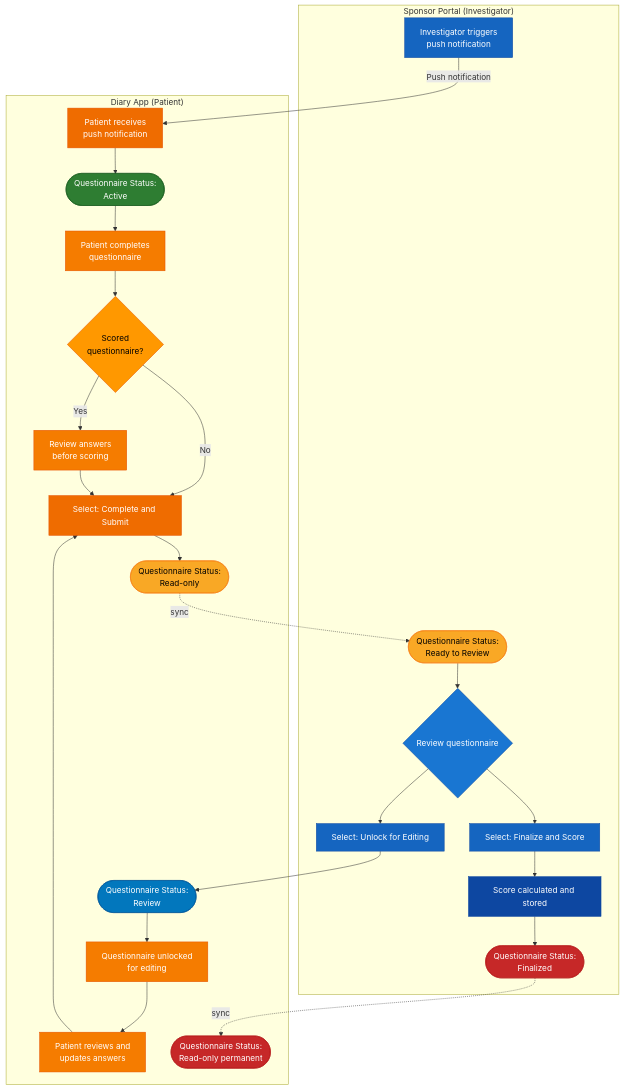
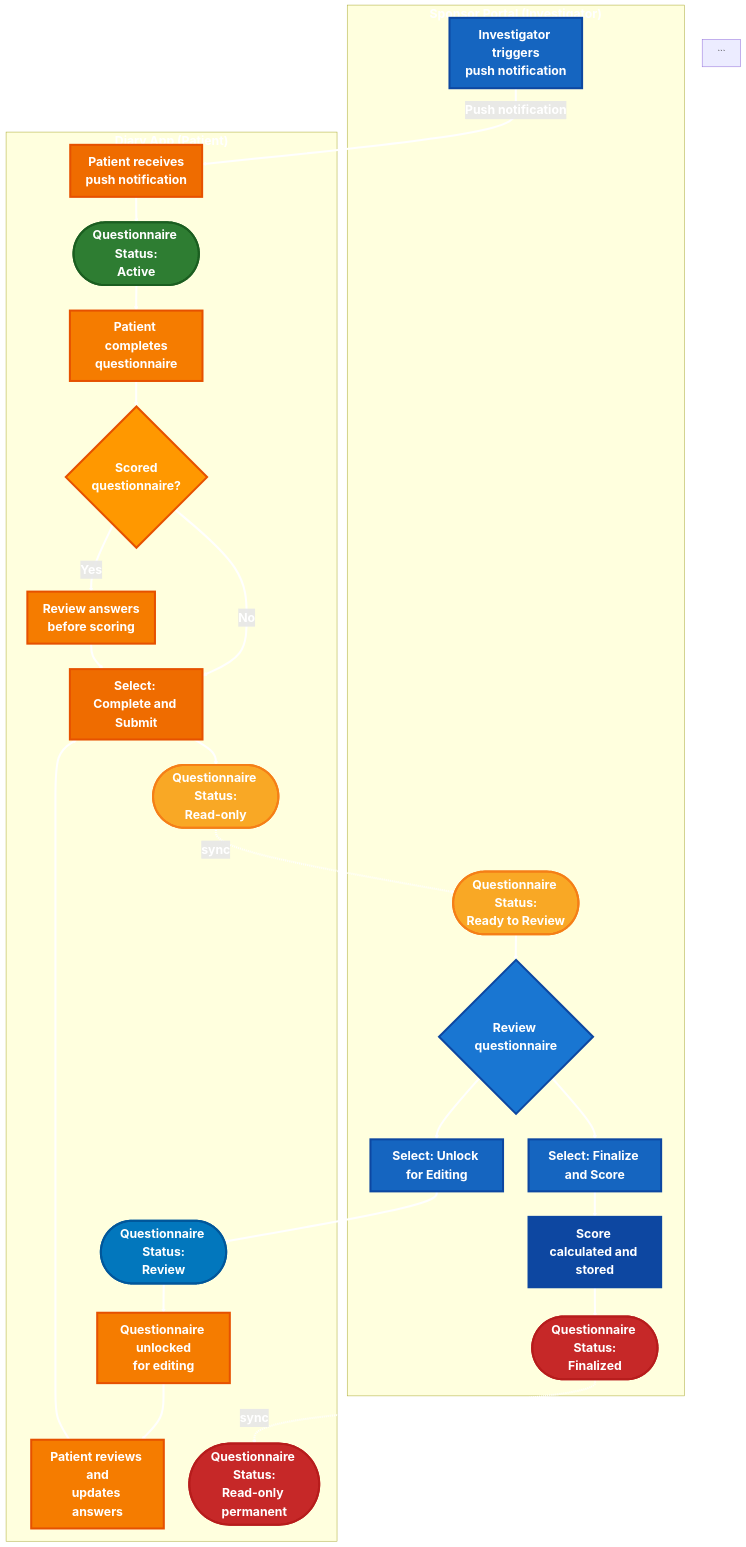
The diagram in spec/images/questionnaire-approval-workflow.mmd (Cure-HHT/hht_diary), drawn with Mermaid before and after one commit.

Commit message:
[CUR-761] Update questionnaire approval workflow Mermaid source
Implements: REQ-p01064

````diff
--- a/spec/images/questionnaire-approval-workflow.mmd
+++ b/spec/images/questionnaire-approval-workflow.mmd
@@ -1,70 +1,75 @@
-flowchart TD
-    subgraph Portal ["Sponsor Portal (Investigator)"]
-        A[Investigator triggers<br/>push notification]
-        P_S2([Questionnaire Status:<br/>Ready to Review])
-        G{Review questionnaire}
-        H[Select: Finalize and Score]
-        I[Select: Unlock for Editing]
-        J[Score calculated and stored]
-        P_S3([Questionnaire Status:<br/>Finalized])
+%%{init: {'flowchart': {'htmlLabels': true, 'arrowMarkerAbsolute': true}, 'flowchart': {'nodeSpacing': 50, 'rankSpacing': 50}}}%%
+    flowchart TD
+    subgraph Portal ["<b style='font-size:18pt; color:white'>Sponsor Portal (Investigator)</b>"]
+        A["<b style='font-size:18pt; color:white'>Investigator triggers<br/>push notification</b>"]
+        P_S2(["<b style='font-size:18pt; color:white'>Questionnaire Status:<br/>Ready to Review</b>"])
+        G{"<b style='font-size:18pt; color:white'>Review questionnaire</b>"}
+        H["<b style='font-size:18pt; color:white'>Select: Finalize and Score</b>"]
+        I["<b style='font-size:18pt; color:white'>Select: Unlock for Editing</b>"]
+        J["<b style='font-size:18pt; color:white'>Score calculated and stored</b>"]
+        P_S3(["<b style='font-size:18pt; color:white'>Questionnaire Status:<br/>Finalized</b>"])
     end
 
-    subgraph Diary ["Diary App (Patient)"]
-        B[Patient receives<br/>push notification]
-        D_S1([Questionnaire Status:<br/>Active])
-        C[Patient completes<br/>questionnaire]
-        D{Scored<br/>questionnaire?}
-        E[Review answers<br/>before scoring]
-        F[Select: Complete and Submit]
-        D_S2([Questionnaire Status:<br/>Read-only])
-        D_S4([Questionnaire Status:<br/>Review])
-        K[Questionnaire unlocked<br/>for editing]
-        L[Patient reviews and<br/>updates answers]
-        D_S3([Questionnaire Status:<br/>Read-only permanent])
+    subgraph Diary ["<b style='font-size:18pt; color:white'>Diary App (Patient)</b>"]
+        B["<b style='font-size:18pt; color:white'>Patient receives<br/>push notification</b>"]
+        D_S1(["<b style='font-size:18pt; color:white'>Questionnaire Status:<br/>Active</b>"])
+        C["<b style='font-size:18pt; color:white'>Patient completes<br/>questionnaire</b>"]
+        D{"<b style='font-size:18pt; color:white'>Scored<br/>questionnaire?</b>"}
+        E["<b style='font-size:18pt; color:white'>Review answers<br/>before scoring</b>"]
+        F["<b style='font-size:18pt; color:white'>Select: Complete and Submit</b>"]
+        D_S2(["<b style='font-size:18pt; color:white'>Questionnaire Status:<br/>Read-only</b>"])
+        D_S4(["<b style='font-size:18pt; color:white'>Questionnaire Status:<br/>Review</b>"])
+        K["<b style='font-size:18pt; color:white'>Questionnaire unlocked<br/>for editing</b>"]
+        L["<b style='font-size:18pt; color:white'>Patient reviews and<br/>updates answers</b>"]
+        D_S3(["<b style='font-size:18pt; color:white'>Questionnaire Status:<br/>Read-only permanent</b>"])
     end
 
-    A -->|Push notification| B
-    B --> D_S1
-    D_S1 --> C
-    C --> D
-    D -->|Yes| E
-    D -->|No| F
-    E --> F
-    F --> D_S2
-    D_S2 -.->|sync| P_S2
-    P_S2 --> G
-    G --> H
-    G --> I
-    H --> J
-    J --> P_S3
-    P_S3 -.->|sync| D_S3
-    I --> D_S4
-    D_S4 --> K
-    K --> L
-    L --> F
+    A ==>|<b style='font-size:18pt; color:white; background:none'>Push notification</b>| B
+    B ==> D_S1
+    D_S1 ==> C
+    C ==> D
+    D ==>|<b style='font-size:18pt; color:white; background:none'>Yes</b>| E
+    D ==>|<b style='font-size:18pt; color:white; background:none'>No</b>| F
+    E ==> F
+    F ==> D_S2
+    D_S2 -.->|<b style='font-size:18pt; color:white; background:none'>sync</b>| P_S2
+    P_S2 ==> G
+    G ==> H
+    G ==> I
+    H ==> J
+    J ==> P_S3
+    P_S3 -.->|<b style='font-size:18pt; color:white; background:none'>sync</b>| D_S3
+    I ==> D_S4
+    D_S4 ==> K
+    K ==> L
+    L ==> F
 
     %% Portal nodes - blue theme
-    style A fill:#1565c0,color:#ffffff,stroke:#0d47a1
-    style G fill:#1976d2,color:#ffffff,stroke:#0d47a1
-    style H fill:#1565c0,color:#ffffff,stroke:#0d47a1
-    style I fill:#1565c0,color:#ffffff,stroke:#0d47a1
-    style J fill:#0d47a1,color:#ffffff,stroke:#0d47a1
+    style A fill:#1565c0,color:#ffffff,stroke:#0d47a1,stroke-width:4px
+    style G fill:#1976d2,color:#ffffff,stroke:#0d47a1,stroke-width:4px
+    style H fill:#1565c0,color:#ffffff,stroke:#0d47a1,stroke-width:4px
+    style I fill:#1565c0,color:#ffffff,stroke:#0d47a1,stroke-width:4px
+    style J fill:#0d47a1,color:#ffffff,stroke:#0d47a1,stroke-width:4px
 
     %% Diary nodes - orange theme
-    style B fill:#ef6c00,color:#ffffff,stroke:#e65100
-    style C fill:#f57c00,color:#ffffff,stroke:#e65100
-    style D fill:#ff9800,color:#000000,stroke:#e65100
-    style E fill:#f57c00,color:#ffffff,stroke:#e65100
-    style F fill:#ef6c00,color:#ffffff,stroke:#e65100
-    style K fill:#f57c00,color:#ffffff,stroke:#e65100
-    style L fill:#f57c00,color:#ffffff,stroke:#e65100
+    style B fill:#ef6c00,color:#ffffff,stroke:#e65100,stroke-width:4px
+    style C fill:#f57c00,color:#ffffff,stroke:#e65100,stroke-width:4px
+    style D fill:#ff9800,color:#000000,stroke:#e65100,stroke-width:4px
+    style E fill:#f57c00,color:#ffffff,stroke:#e65100,stroke-width:4px
+    style F fill:#ef6c00,color:#ffffff,stroke:#e65100,stroke-width:4px
+    style K fill:#f57c00,color:#ffffff,stroke:#e65100,stroke-width:4px
+    style L fill:#f57c00,color:#ffffff,stroke:#e65100,stroke-width:4px
 
     %% Status nodes - Diary side
-    style D_S1 fill:#2e7d32,color:#ffffff,stroke:#1b5e20
-    style D_S2 fill:#f9a825,color:#000000,stroke:#f57f17
-    style D_S3 fill:#c62828,color:#ffffff,stroke:#b71c1c
-    style D_S4 fill:#0277bd,color:#ffffff,stroke:#01579b
+    style D_S1 fill:#2e7d32,color:#ffffff,stroke:#1b5e20,stroke-width:4px
+    style D_S2 fill:#f9a825,color:#000000,stroke:#f57f17,stroke-width:4px
+    style D_S3 fill:#c62828,color:#ffffff,stroke:#b71c1c,stroke-width:4px
+    style D_S4 fill:#0277bd,color:#ffffff,stroke:#01579b,stroke-width:4px
 
     %% Status nodes - Portal side
-    style P_S2 fill:#f9a825,color:#000000,stroke:#f57f17
-    style P_S3 fill:#c62828,color:#ffffff,stroke:#b71c1c
+    style P_S2 fill:#f9a825,color:#000000,stroke:#f57f17,stroke-width:4px
+    style P_S3 fill:#c62828,color:#ffffff,stroke:#b71c1c,stroke-width:4px
+
+    %% Make all arrow heads bigger by increasing stroke width
+    linkStyle default stroke:#ffffff,stroke-width:4px
+```
````
